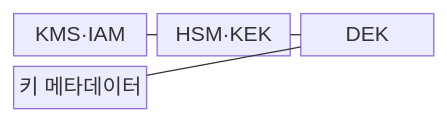
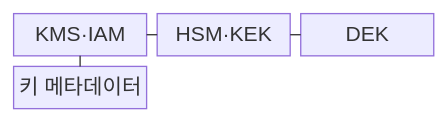
One commit to agnusdei1207/knowledge-base changed the first of 2 diagrams in src/content/docs/notes/05-security/020_key_management_hsm_kms.md. Above: the diagram before and after it, drawn with Mermaid. The commit also changed other lines of this file and 20 other files, not shown here.

````diff
--- a/src/content/docs/notes/05-security/020_key_management_hsm_kms.md
+++ b/src/content/docs/notes/05-security/020_key_management_hsm_kms.md
@@ -63,11 +63,11 @@
 ```mermaid
 block-beta
     columns 3
     M["KMS·IAM"]
     H["HSM·KEK"]
     D["DEK"]
     E["키 메타데이터"]
     M --- H
     H --- D
-    D --- E
+    M --- E
 ```
````
